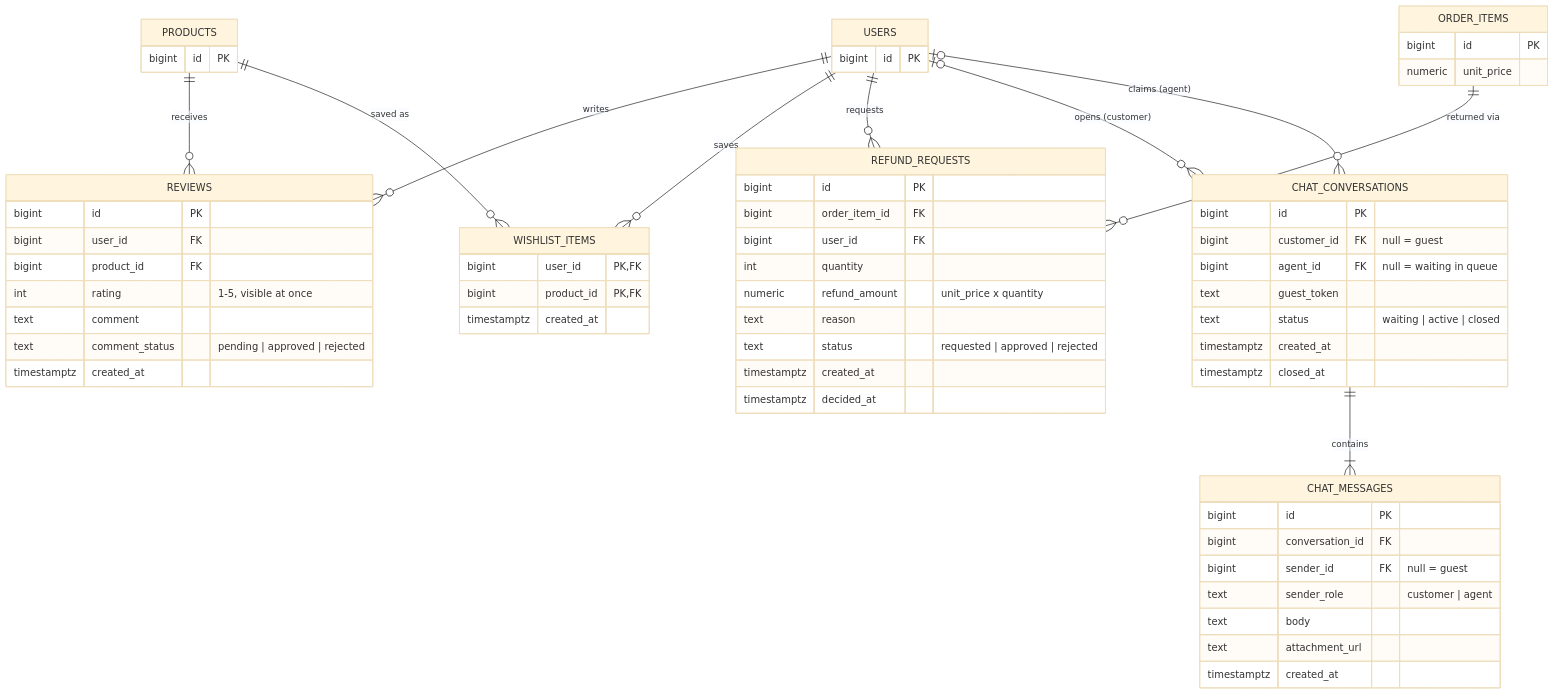
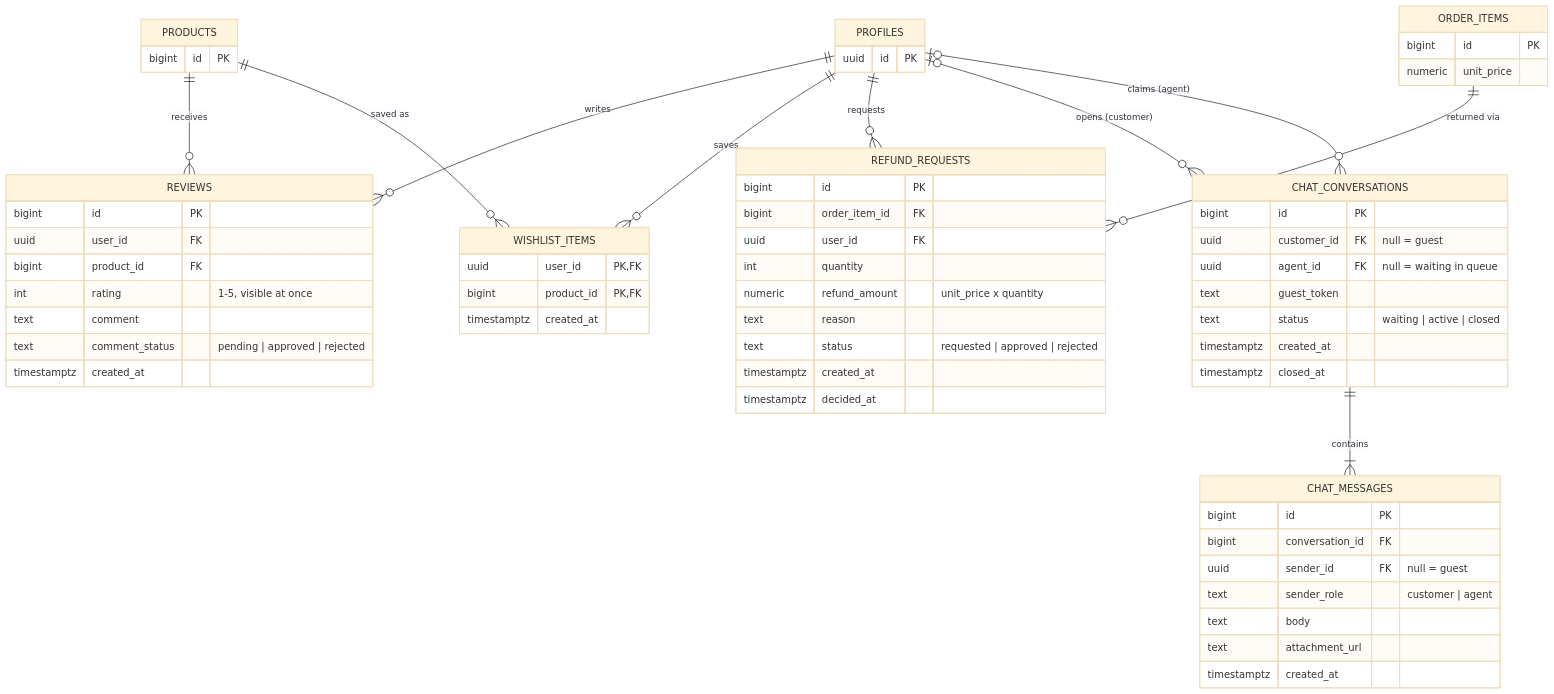
One commit to ebrarguclu/SkinWise changed the second of 2 diagrams in docs/er-diagram.md. Above: the diagram before and after it, drawn with Mermaid (base theme). The commit also changed other lines of this file and 1 other file, not shown here.

First line of the commit message:
Link user data to Supabase Auth profiles (DP-14, DP-13)

````diff
--- a/docs/er-diagram.md
+++ b/docs/er-diagram.md
@@ -103,62 +107,62 @@
 ```mermaid
 erDiagram
-  USERS ||--o{ REVIEWS : writes
+  PROFILES ||--o{ REVIEWS : writes
   PRODUCTS ||--o{ REVIEWS : receives
-  USERS ||--o{ WISHLIST_ITEMS : saves
+  PROFILES ||--o{ WISHLIST_ITEMS : saves
   PRODUCTS ||--o{ WISHLIST_ITEMS : "saved as"
   ORDER_ITEMS ||--o{ REFUND_REQUESTS : "returned via"
-  USERS ||--o{ REFUND_REQUESTS : requests
-  USERS |o--o{ CHAT_CONVERSATIONS : "opens (customer)"
-  USERS |o--o{ CHAT_CONVERSATIONS : "claims (agent)"
+  PROFILES ||--o{ REFUND_REQUESTS : requests
+  PROFILES |o--o{ CHAT_CONVERSATIONS : "opens (customer)"
+  PROFILES |o--o{ CHAT_CONVERSATIONS : "claims (agent)"
   CHAT_CONVERSATIONS ||--|{ CHAT_MESSAGES : contains
 
-  USERS { bigint id PK }
+  PROFILES { uuid id PK }
   PRODUCTS { bigint id PK }
   ORDER_ITEMS {
     bigint id PK
     numeric unit_price
   }
   REVIEWS {
     bigint id PK
-    bigint user_id FK
+    uuid user_id FK
     bigint product_id FK
     int rating "1-5, visible at once"
     text comment
     text comment_status "pending | approved | rejected"
     timestamptz created_at
   }
   WISHLIST_ITEMS {
-    bigint user_id PK,FK
+    uuid user_id PK,FK
     bigint product_id PK,FK
     timestamptz created_at
   }
   REFUND_REQUESTS {
     bigint id PK
     bigint order_item_id FK
-    bigint user_id FK
+    uuid user_id FK
     int quantity
     numeric refund_amount "unit_price x quantity"
     text reason
     text status "requested | approved | rejected"
     timestamptz created_at
     timestamptz decided_at
   }
   CHAT_CONVERSATIONS {
     bigint id PK
-    bigint customer_id FK "null = guest"
-    bigint agent_id FK "null = waiting in queue"
+    uuid customer_id FK "null = guest"
+    uuid agent_id FK "null = waiting in queue"
     text guest_token
     text status "waiting | active | closed"
     timestamptz created_at
     timestamptz closed_at
   }
   CHAT_MESSAGES {
     bigint id PK
     bigint conversation_id FK
-    bigint sender_id FK "null = guest"
+    uuid sender_id FK "null = guest"
     text sender_role "customer | agent"
     text body
     text attachment_url
     timestamptz created_at
   }
 ```
````
